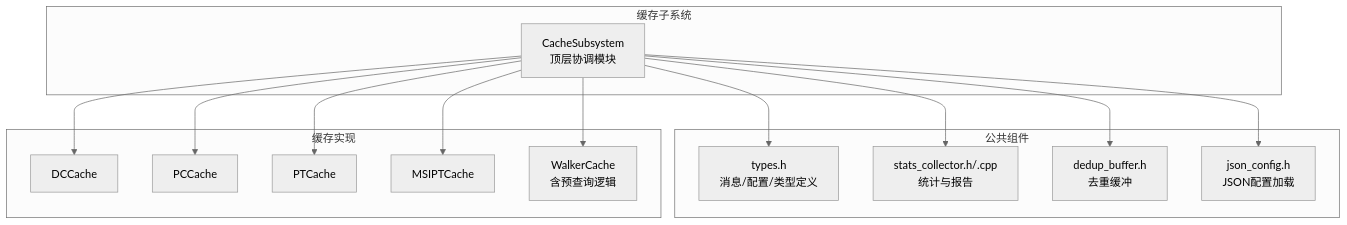
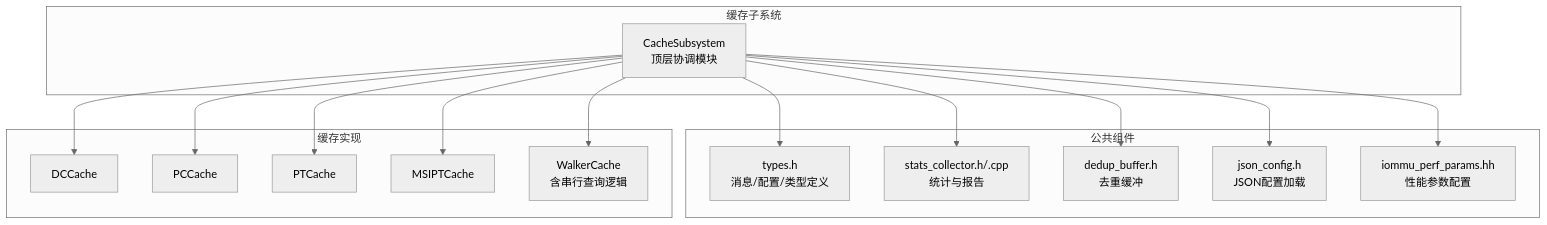
The first of 11 diagrams in .qoder/repowiki/zh/content/缓存系统/缓存子系统概览.md (jiangjiang1122/iommu_model_20260401_v1), drawn with Mermaid (neutral theme) before and after one commit. The commit also changed other lines of this file and 159 other files, not shown here.

Commit message:
chore: 更新知识库文档 + 新增PTW并发分析图表与数据文件

````diff
--- a/.qoder/repowiki/zh/content/缓存系统/缓存子系统概览.md
+++ b/.qoder/repowiki/zh/content/缓存系统/缓存子系统概览.md
@@ -58,28 +62,30 @@
 ```mermaid
 graph TB
 subgraph "缓存子系统"
 CS["CacheSubsystem<br/>顶层协调模块"]
 end
 subgraph "公共组件"
 Types["types.h<br/>消息/配置/类型定义"]
 Stats["stats_collector.h/.cpp<br/>统计与报告"]
 Dedup["dedup_buffer.h<br/>去重缓冲"]
 JsonCfg["json_config.h<br/>JSON配置加载"]
+PerfParams["iommu_perf_params.hh<br/>性能参数配置"]
 end
 subgraph "缓存实现"
 DC["DCCache"]
 PC["PCCache"]
 PT["PTCache"]
 MSI["MSIPTCache"]
-Wlk["WalkerCache<br/>含预查询逻辑"]
+Wlk["WalkerCache<br/>含串行查询逻辑"]
 end
 CS --> DC
 CS --> PC
 CS --> PT
 CS --> MSI
 CS --> Wlk
 CS --> Stats
 CS --> Types
 CS --> Dedup
 CS --> JsonCfg
+CS --> PerfParams
 ```
````
